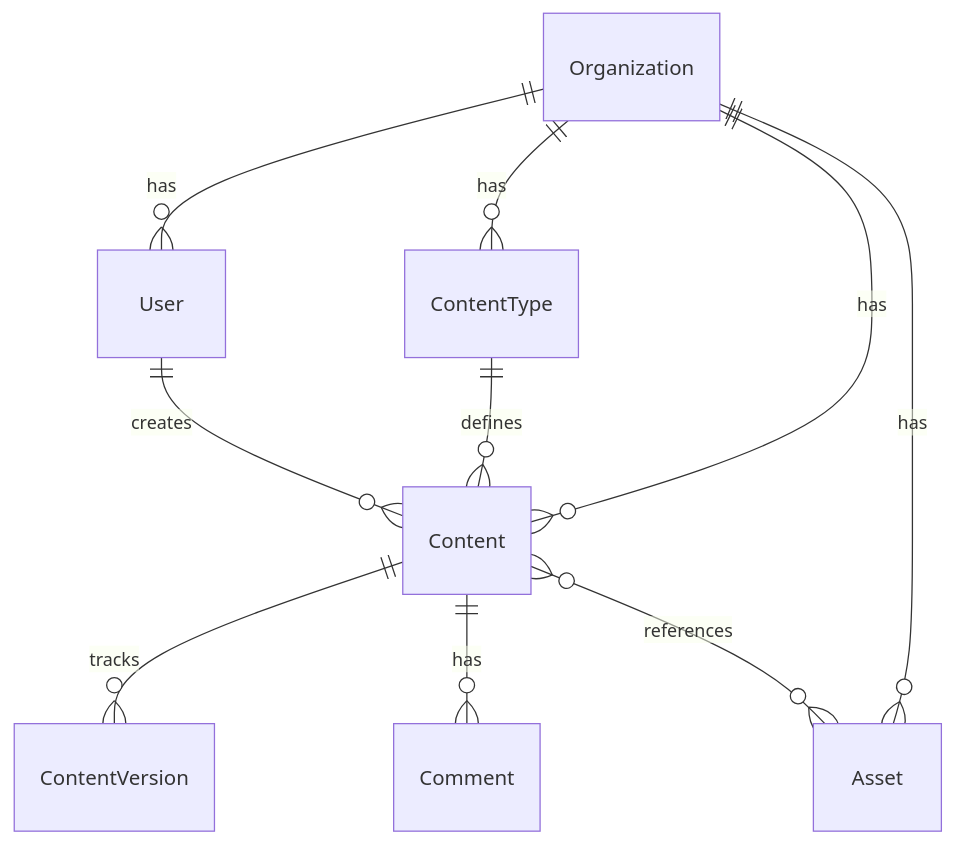
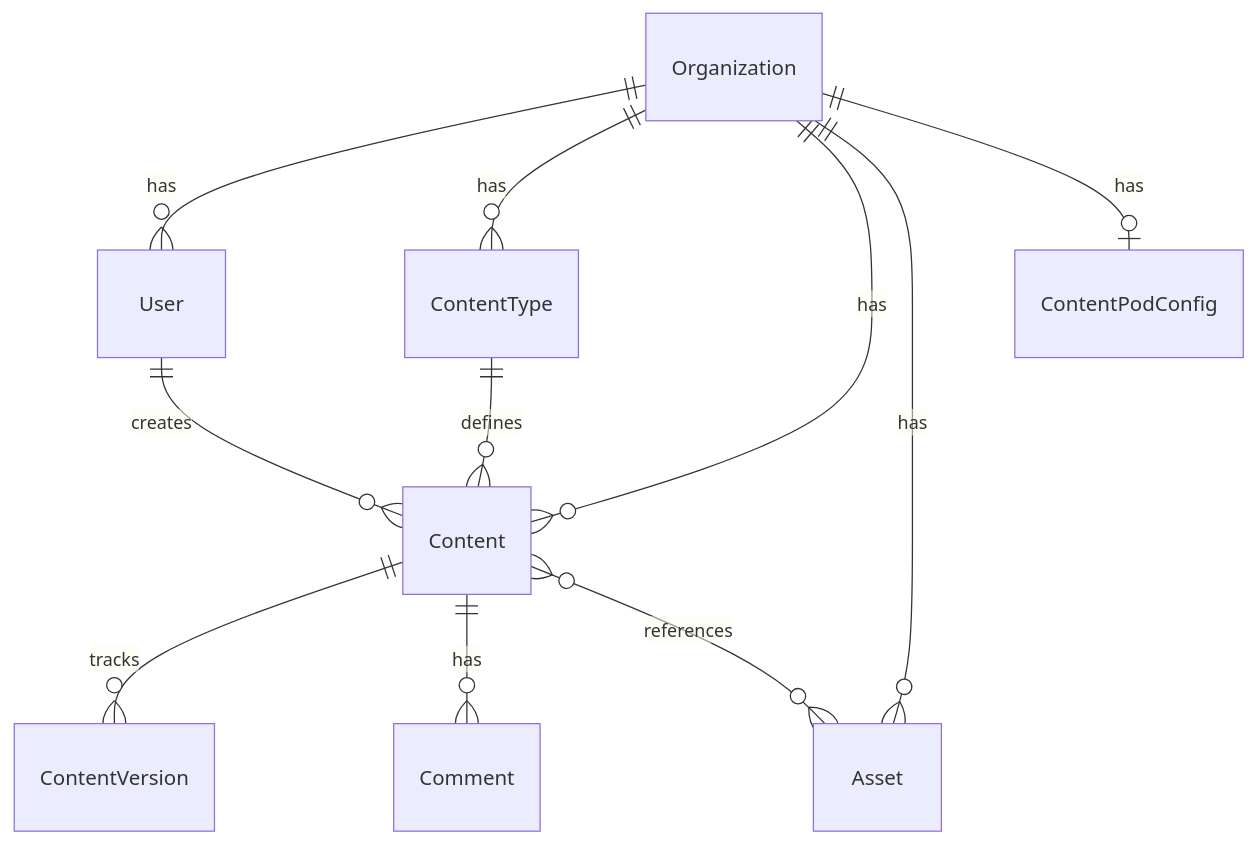
Before and after one commit to roadbeat-studio/documentationai-Docs: the third of 3 diagrams in architecture.mdx, drawn with Mermaid. The commit also changed other lines of this file and 1 other file, not shown here.

Commit message:
docs: add ContentPod module to architecture + v0.11.0 changelog
architecture.mdx:
- ContentPod module added to Publishing tab (config CRUD, publish/unpublish, quota enforcement, setup)
- ContentPodConfig added to ER diagram (Organization ||--o| ContentPodConfig)

changelog.mdx:
- v0.11.0: Content Pod Auto-Provisioning & Quota Enforcement
  - Free pod on org creation (podMode on CreateOrganizationDto)
  - ContentPod module with 4 services and REST controller
  - Prisma ContentPodConfig model
  - Quota enforcement (403) with tier-based defaults
  - Onboarding status includes contentPod section

````diff
--- a/architecture.mdx
+++ b/architecture.mdx
@@ -169,12 +170,13 @@
 ```mermaid
 erDiagram
     Organization ||--o{ User : has
     Organization ||--o{ ContentType : has
     Organization ||--o{ Content : has
     Organization ||--o{ Asset : has
+    Organization ||--o| ContentPodConfig : has
     ContentType ||--o{ Content : defines
     Content ||--o{ ContentVersion : tracks
     Content ||--o{ Comment : has
     Content }o--o{ Asset : references
     User ||--o{ Content : creates
 ```
````
